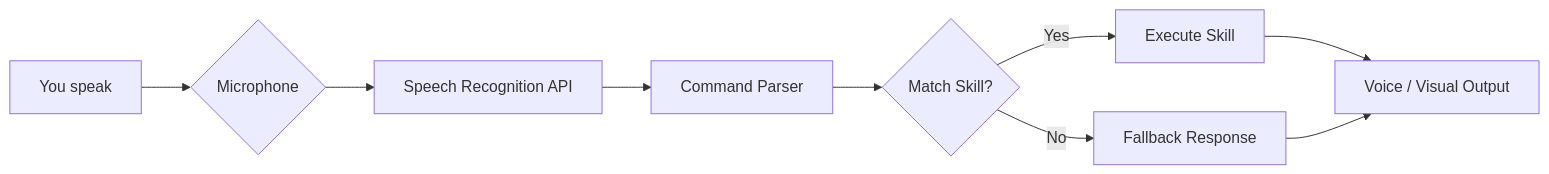
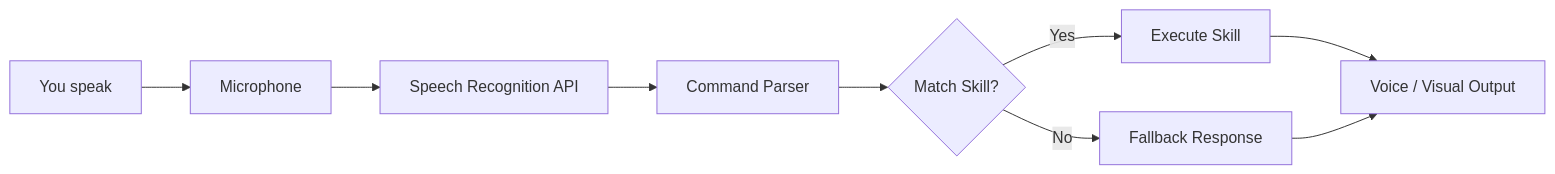
The diagram in README.md (shubhyagami/jarvis), drawn with Mermaid before and after one commit. The commit also changed other lines of this file, not shown here.

````diff
--- a/README.md
+++ b/README.md
@@ -49,11 +35,11 @@
 ```mermaid
 flowchart LR
-    A[You speak] --> B{Microphone}
+    A[You speak] --> B[Microphone]
     B --> C[Speech Recognition API]
     C --> D[Command Parser]
     D --> E{Match Skill?}
     E -- Yes --> F[Execute Skill]
     E -- No --> G[Fallback Response]
     F --> H[Voice / Visual Output]
     G --> H
 ```
````
